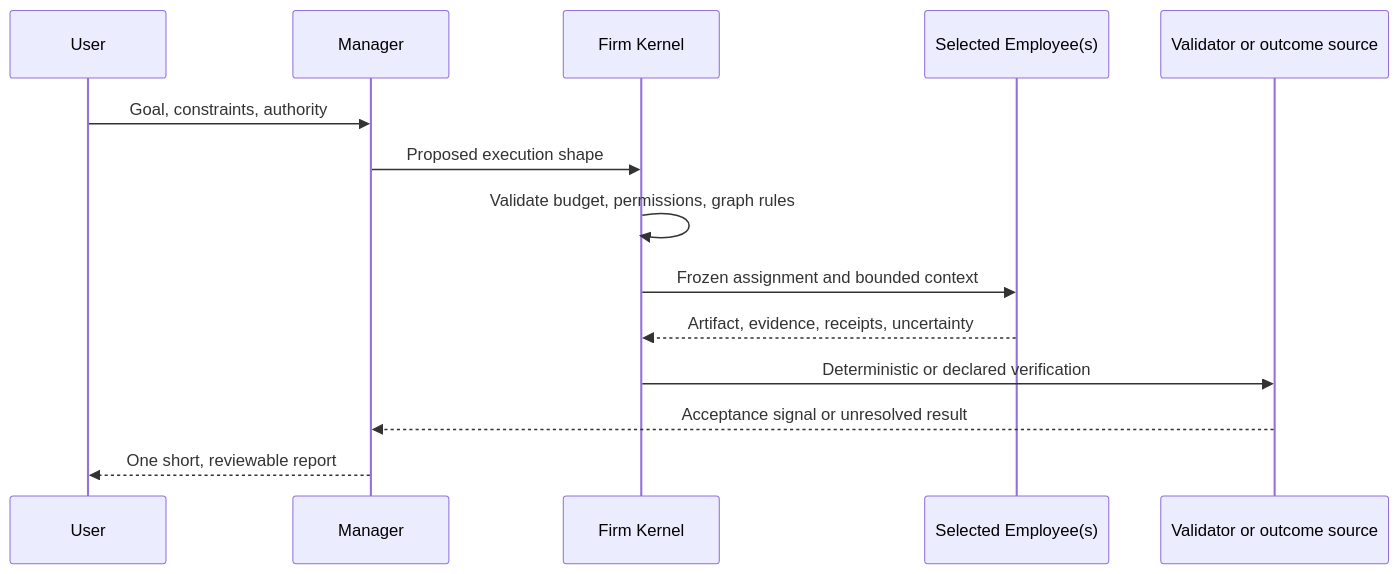
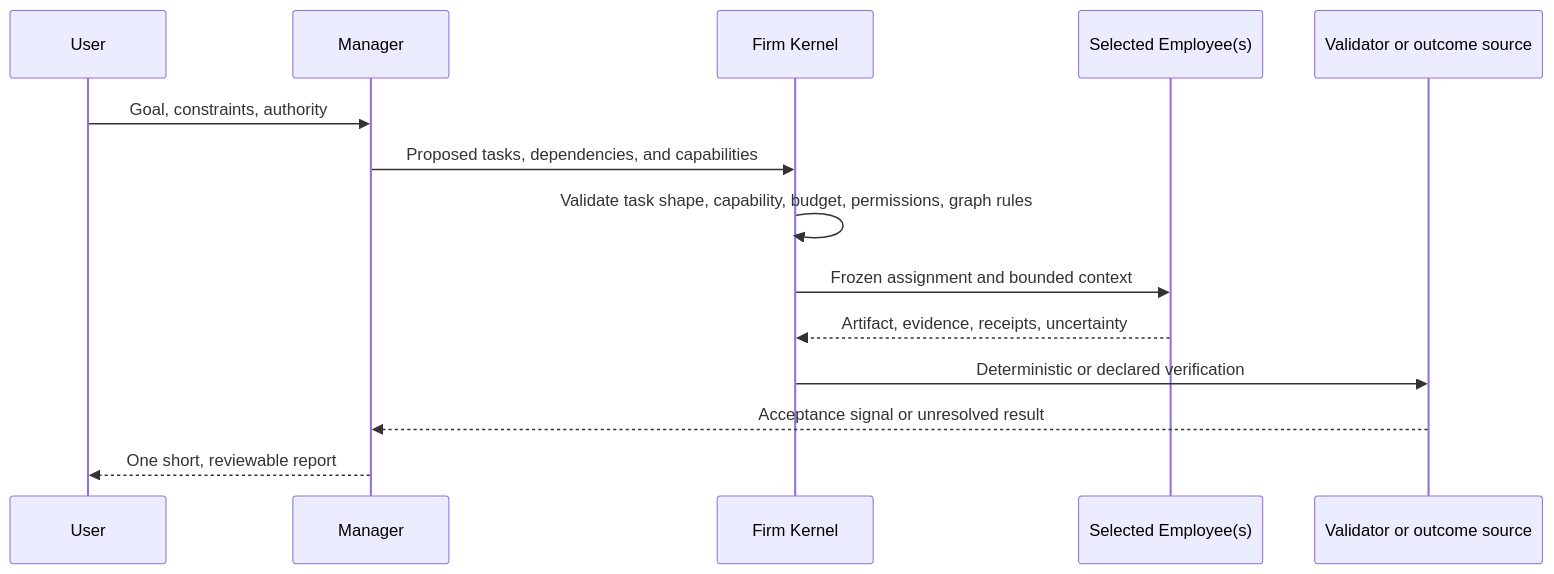
The second of 3 diagrams in docs/en/01-dynamic-firm-runtime.md (j6t22t4gy4-spec/noruct), drawn with Mermaid before and after one commit. The commit also changed other lines of this file and 5 other files, not shown here.

````diff
--- a/docs/en/01-dynamic-firm-runtime.md
+++ b/docs/en/01-dynamic-firm-runtime.md
@@ -52,16 +54,16 @@
 ```mermaid
 sequenceDiagram
   participant U as User
   participant M as Manager
   participant K as Firm Kernel
   participant E as Selected Employee(s)
   participant V as Validator or outcome source
   U->>M: Goal, constraints, authority
-  M->>K: Proposed execution shape
-  K->>K: Validate budget, permissions, graph rules
+  M->>K: Proposed tasks, dependencies, and capabilities
+  K->>K: Validate task shape, capability, budget, permissions, graph rules
   K->>E: Frozen assignment and bounded context
   E-->>K: Artifact, evidence, receipts, uncertainty
   K->>V: Deterministic or declared verification
   V-->>M: Acceptance signal or unresolved result
   M-->>U: One short, reviewable report
 ```
````
